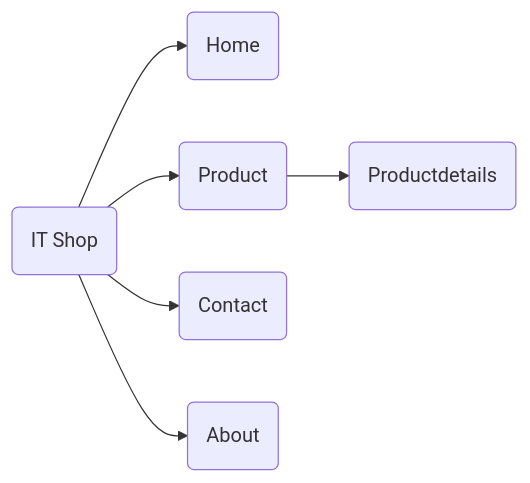
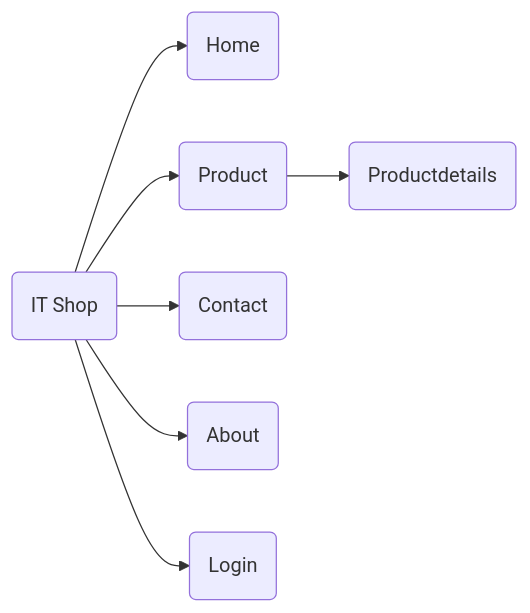
One commit to BloodyRegina/ITStore changed the diagram in README.md. Above: the diagram before and after it, drawn with Mermaid.

````diff
--- a/README.md
+++ b/README.md
@@ -9,8 +9,9 @@
 ```mermaid
 graph LR
 O(IT Shop) --> A(Home)
 O --> B(Product)
 O --> C(Contact)
 O --> D(About)
+O --> E(Login)
 B --> B2(Productdetails)
 ```
````
